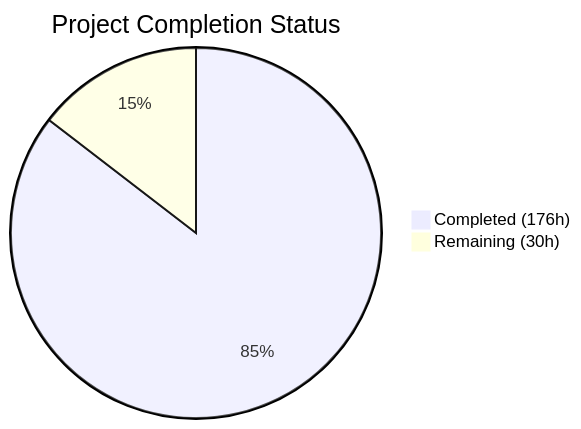
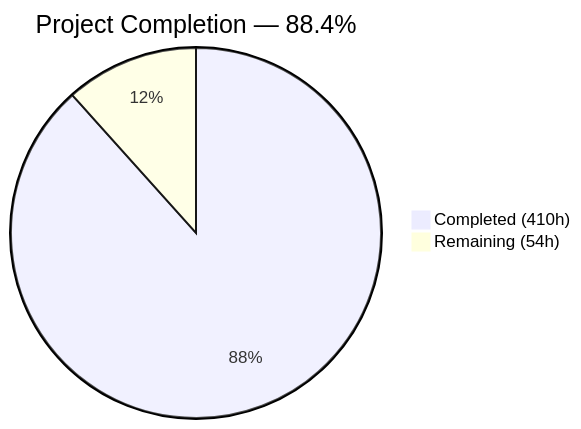
The first of 2 diagrams in blitzy/documentation/Project Guide.md (Blitzy-Sandbox/blitzy-RudderStack), drawn with Mermaid before and after one commit. The commit also changed other lines of this file, not shown here.

Commit message:
Adding Blitzy Project Guide: Project Status and Human Tasks Remaining

````diff
--- a/blitzy/documentation/Project Guide.md
+++ b/blitzy/documentation/Project Guide.md
@@ -13,5 +13,5 @@
 ```mermaid
-pie title Project Completion Status
-    "Completed (176h)" : 176
-    "Remaining (30h)" : 30
+pie title Project Completion — 88.4%
+    "Completed (410h)" : 410
+    "Remaining (54h)" : 54
 ```
````
